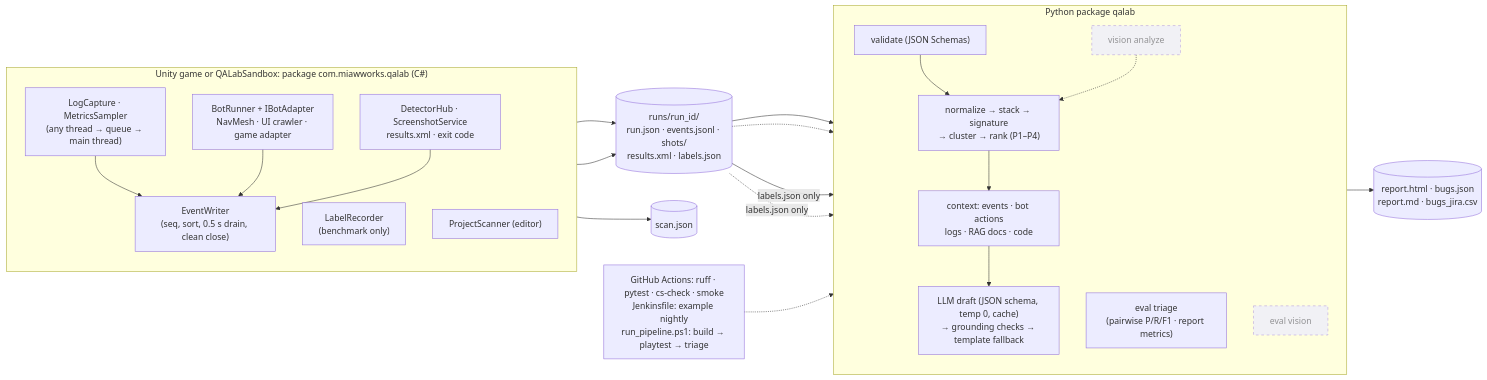
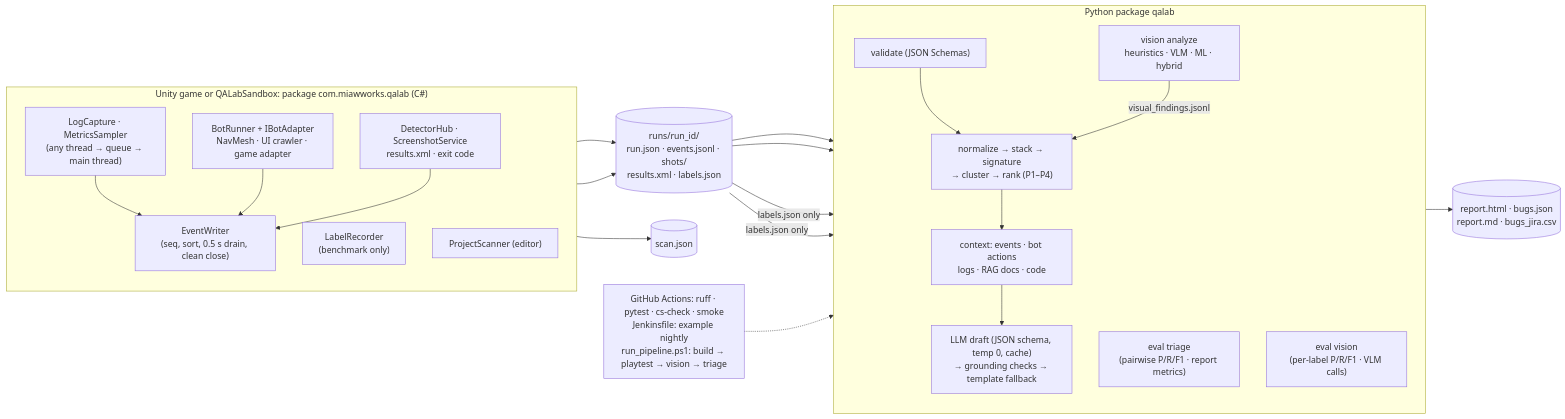
Before and after one commit to sorinnha/miaw-qa-lab: the diagram in README.md, drawn with Mermaid. The commit also changed other lines of this file and 9 other files, not shown here.

First line of the commit message:
docs: M6 vision decisions, EVAL_RESULTS commands, guides and checklist (M6)

````diff
--- a/README.md
+++ b/README.md
@@ -78,42 +86,40 @@
 ```mermaid
 flowchart LR
   subgraph unity["Unity game or QALabSandbox: package com.miawworks.qalab (C#)"]
     direction TB
     log["LogCapture · MetricsSampler<br/>(any thread → queue → main thread)"]
     writer["EventWriter<br/>(seq, sort, 0.5 s drain, clean close)"]
     labels["LabelRecorder<br/>(benchmark only)"]
     bot["BotRunner + IBotAdapter<br/>NavMesh · UI crawler · game adapter"]
     det["DetectorHub · ScreenshotService<br/>results.xml · exit code"]
     scan["ProjectScanner (editor)"]
     log --> writer
     bot --> writer
     det --> writer
   end
 
   run[("runs/run_id/<br/>run.json · events.jsonl · shots/<br/>results.xml · labels.json")]
   writer --> run
   labels --> run
   scan --> scanjson[("scan.json")]
 
   subgraph py["Python package qalab"]
     direction TB
     validate["validate (JSON Schemas)"]
     cluster["normalize → stack → signature<br/>→ cluster → rank (P1–P4)"]
     context["context: events · bot actions<br/>logs · RAG docs · code"]
     llm["LLM draft (JSON schema, temp 0, cache)<br/>→ grounding checks → template fallback"]
-    vision["vision analyze"]:::planned
+    vision["vision analyze<br/>heuristics · VLM · ML · hybrid"]
     evalt["eval triage<br/>(pairwise P/R/F1 · report metrics)"]
-    evalv["eval vision"]:::planned
+    evalv["eval vision<br/>(per-label P/R/F1 · VLM calls)"]
     validate --> cluster --> context --> llm
   end
 
   run --> validate
-  run -.-> vision -.-> cluster
+  run --> vision -->|visual_findings.jsonl| cluster
   run -->|labels.json only| evalt
-  run -.->|labels.json only| evalv
+  run -->|labels.json only| evalv
   llm --> out[("report.html · bugs.json<br/>report.md · bugs_jira.csv")]
 
-  ci["GitHub Actions: ruff · pytest · cs-check · smoke<br/>Jenkinsfile: example nightly<br/>run_pipeline.ps1: build → playtest → triage"] -.-> py
-
-  classDef planned stroke-dasharray: 5 5,opacity:0.7;
+  ci["GitHub Actions: ruff · pytest · cs-check · smoke<br/>Jenkinsfile: example nightly<br/>run_pipeline.ps1: build → playtest → vision → triage"] -.-> py
 ```
````
